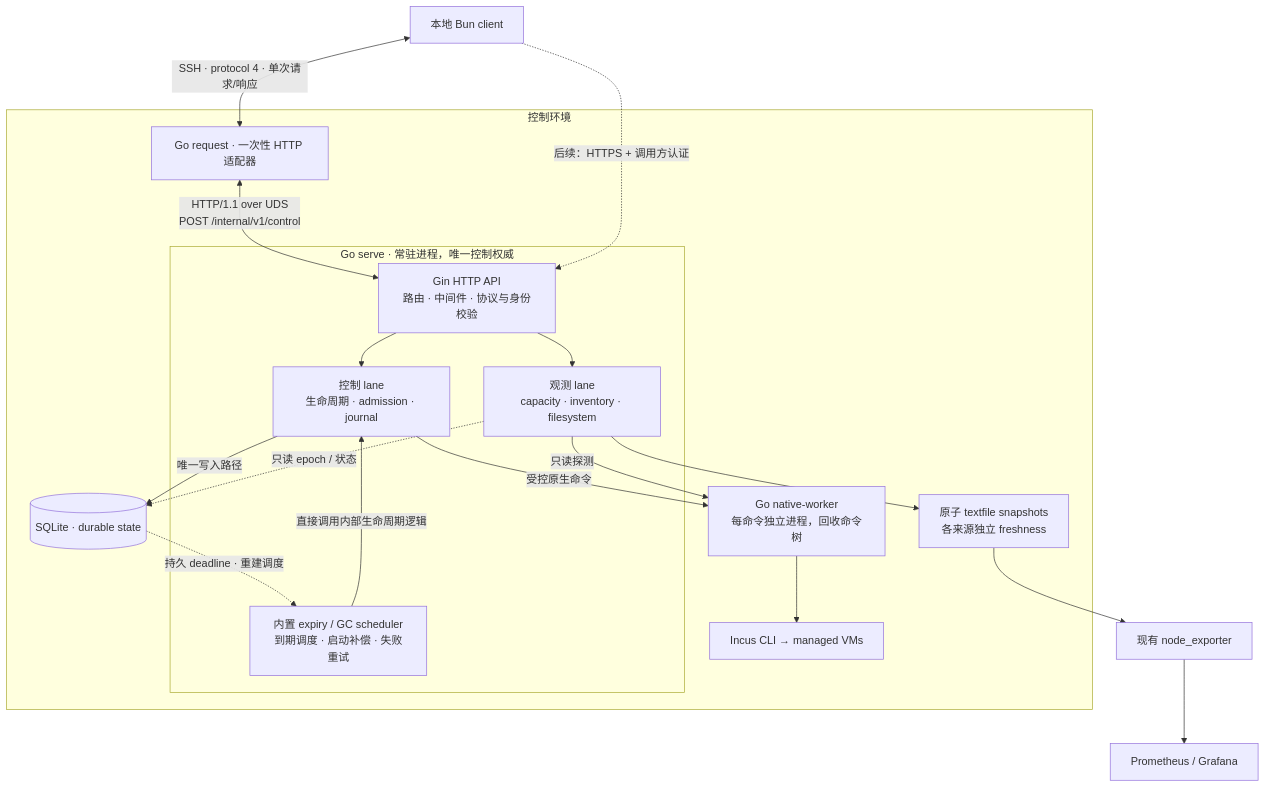
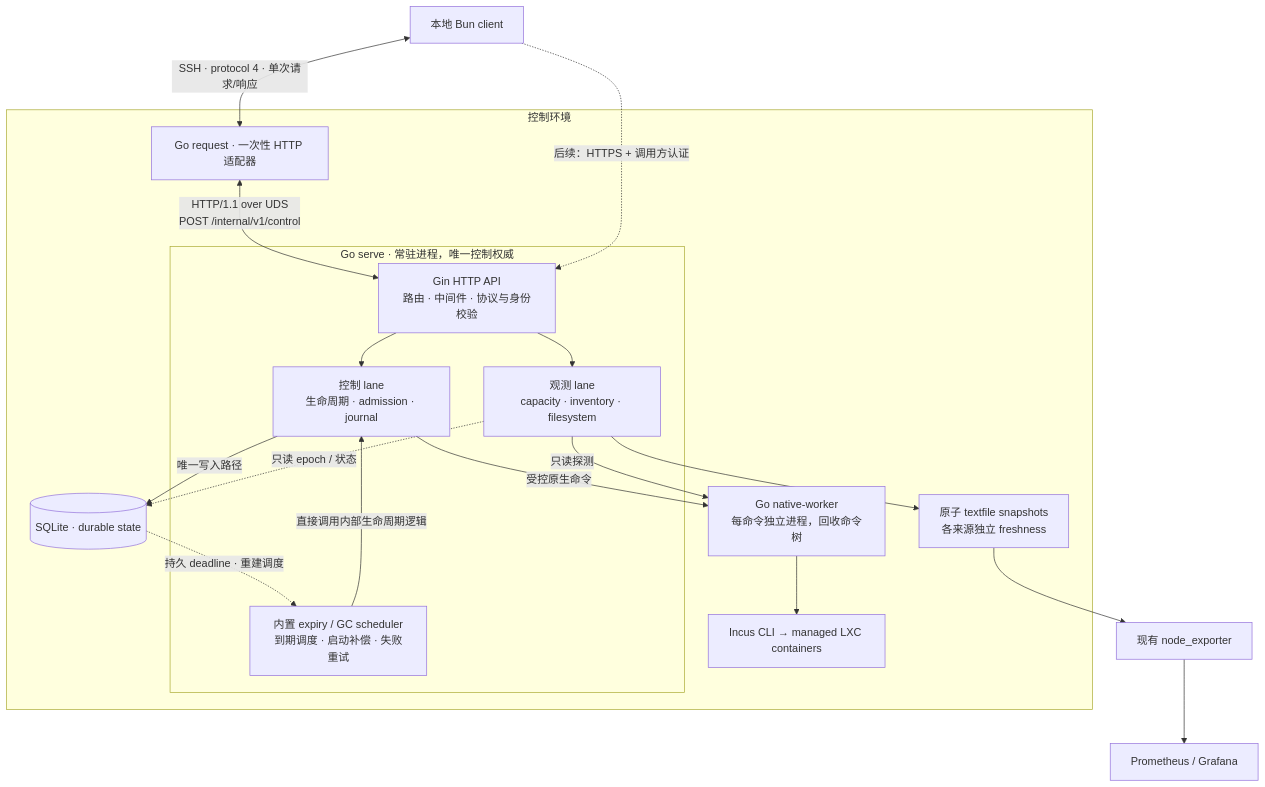
The first of 2 diagrams in docs/proposals/agent-vm-go-parent-service.md (IvanLi-CN/agent-vm), drawn with Mermaid before and after one commit. The commit also changed 27 other files, not shown here.

Commit message:
fix(agent-vm): use nested Incus containers

````diff
--- a/docs/proposals/agent-vm-go-parent-service.md
+++ b/docs/proposals/agent-vm-go-parent-service.md
@@ -90,34 +90,34 @@
 ```mermaid
 flowchart TB
     client["本地 Bun client"]
     subgraph control_env["控制环境"]
         request["Go request · 一次性 HTTP 适配器"]
         subgraph daemon["Go serve · 常驻进程，唯一控制权威"]
             dispatch["Gin HTTP API<br/>路由 · 中间件 · 协议与身份校验"]
             scheduler["内置 expiry / GC scheduler<br/>到期调度 · 启动补偿 · 失败重试"]
             control["控制 lane<br/>生命周期 · admission · journal"]
             observe["观测 lane<br/>capacity · inventory · filesystem"]
             dispatch --> control
             dispatch --> observe
             scheduler -->|"直接调用内部生命周期逻辑"| control
         end
         db[("SQLite · durable state")]
         worker["Go native-worker<br/>每命令独立进程，回收命令树"]
-        incus["Incus CLI → managed VMs"]
+        incus["Incus CLI → managed LXC containers"]
         snapshots["原子 textfile snapshots<br/>各来源独立 freshness"]
         request <-->|"HTTP/1.1 over UDS<br/>POST /internal/v1/control"| dispatch
         control -->|"唯一写入路径"| db
         db -.->|"持久 deadline · 重建调度"| scheduler
         observe -.->|"只读 epoch / 状态"| db
         control -->|"受控原生命令"| worker
         observe -->|"只读探测"| worker
         worker --> incus
         observe --> snapshots
     end
     exporter["现有 node_exporter"]
     monitoring["Prometheus / Grafana"]
     client <-->|"SSH · protocol 4 · 单次请求/响应"| request
     client -.->|"后续：HTTPS + 调用方认证"| dispatch
     snapshots --> exporter
     exporter --> monitoring
 ```
````
